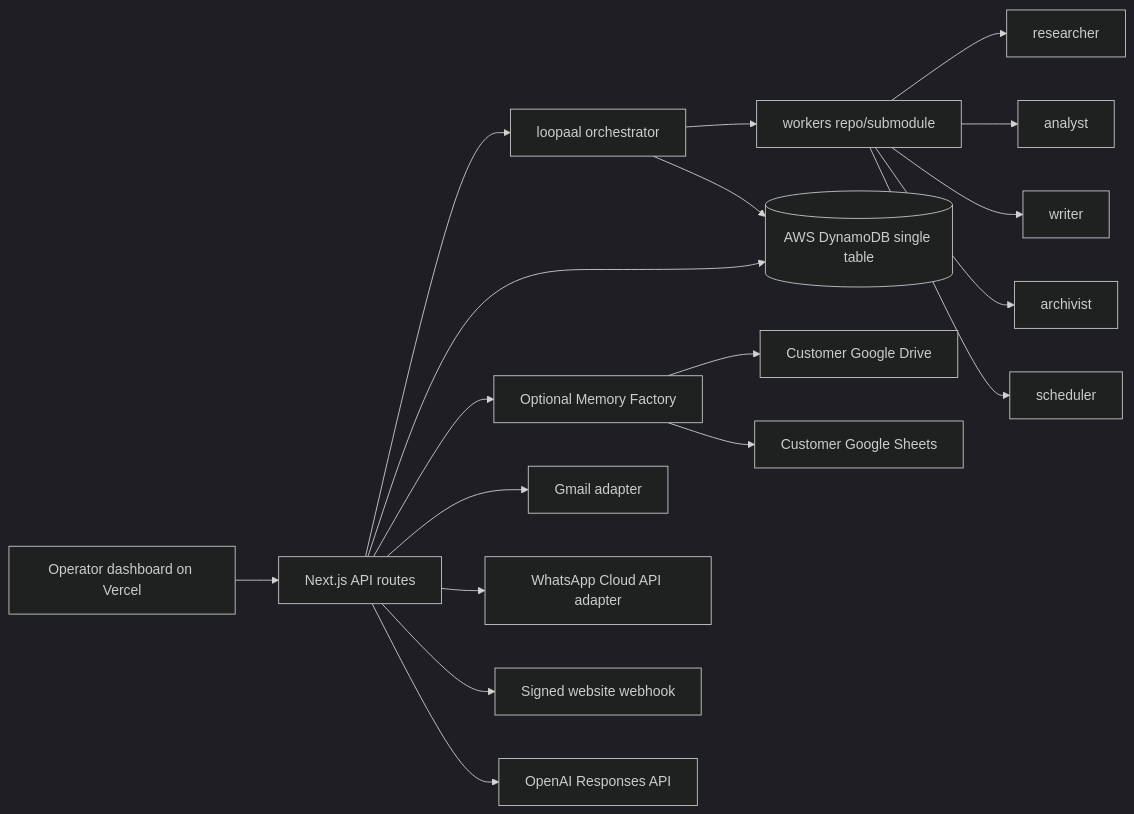
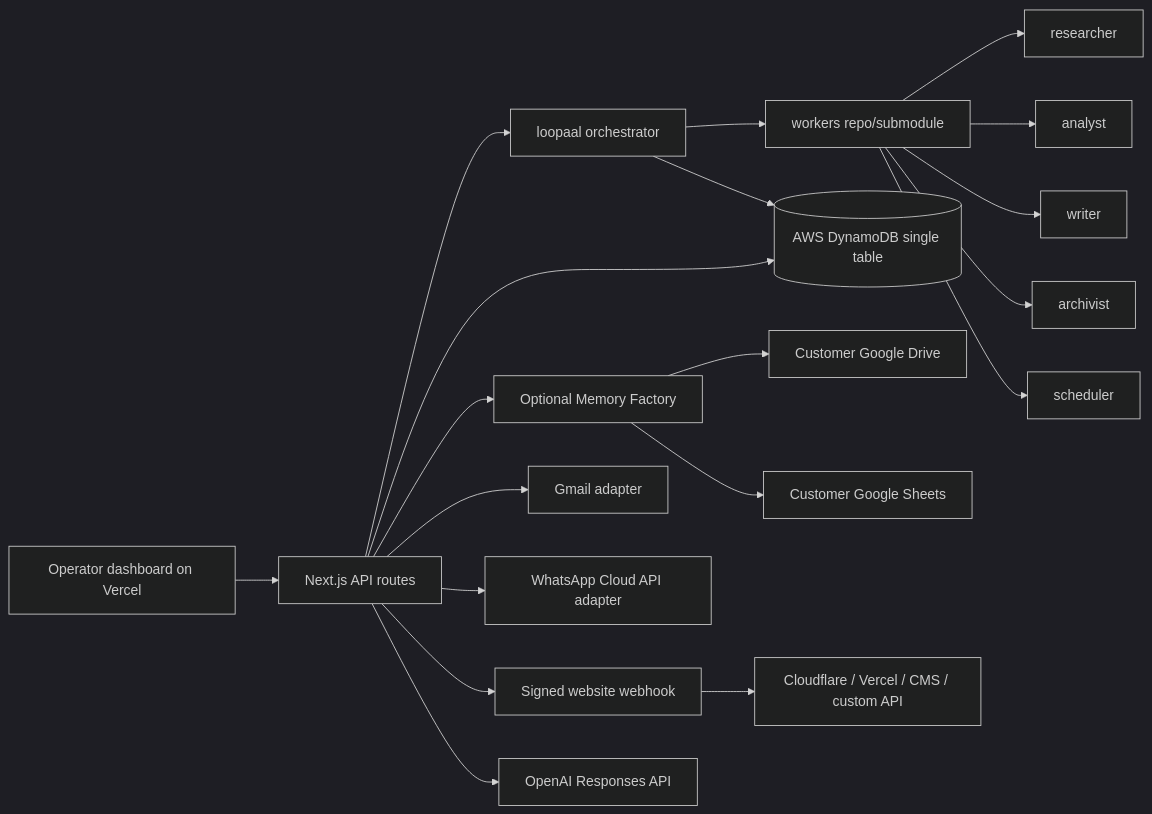
Before and after one commit to 2Cloud-S/loopaal: the diagram in Architecture.md, drawn with Mermaid (dark theme). The commit also changed other lines of this file and 36 other files, not shown here.

````diff
--- a/Architecture.md
+++ b/Architecture.md
@@ -3,20 +3,21 @@
 ```mermaid
 flowchart LR
   Operator["Operator dashboard on Vercel"] --> API["Next.js API routes"]
   API --> Orchestrator["loopaal orchestrator"]
   Orchestrator --> Workers["workers repo/submodule"]
   Workers --> Researcher["researcher"]
   Workers --> Analyst["analyst"]
   Workers --> Writer["writer"]
   Workers --> Archivist["archivist"]
   Workers --> Scheduler["scheduler"]
   API --> DB[("AWS DynamoDB single table")]
   API --> MemoryFactory["Optional Memory Factory"]
   MemoryFactory --> Drive["Customer Google Drive"]
   MemoryFactory --> Sheets["Customer Google Sheets"]
   Orchestrator --> DB
   API --> Gmail["Gmail adapter"]
   API --> WhatsApp["WhatsApp Cloud API adapter"]
   API --> Website["Signed website webhook"]
+  Website --> AnySite["Cloudflare / Vercel / CMS / custom API"]
   API --> OpenAI["OpenAI Responses API"]
 ```
````
